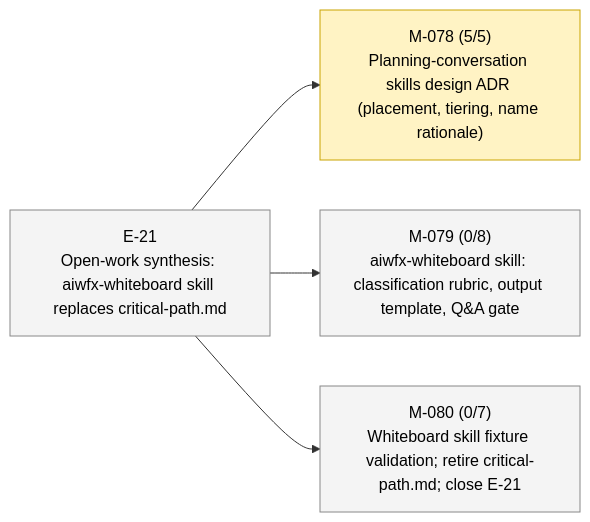
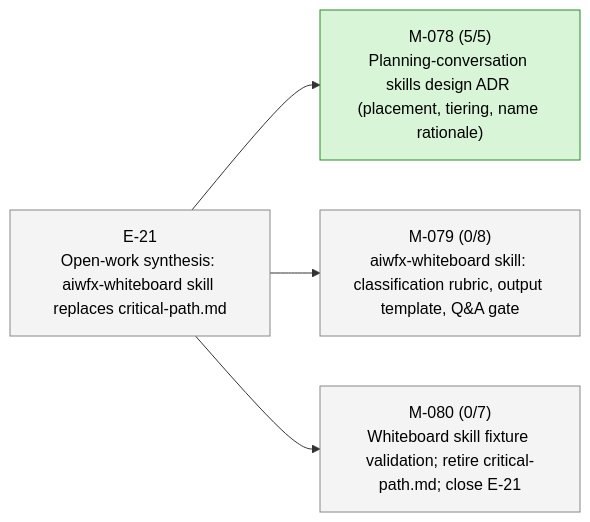
One commit to 23min/aiwf changed the second of 2 diagrams in STATUS.md. Above: the diagram before and after it, drawn with Mermaid. The commit also changed other lines of this file and 1 other file, not shown here.

First line of the commit message:
aiwf promote M-078 in_progress -> done

````diff
--- a/STATUS.md
+++ b/STATUS.md
@@ -47,16 +47,16 @@
 ```mermaid
 flowchart LR
   E_21["E-21<br/>Open-work synthesis: aiwfx-whiteboard skill replaces critical-path.md"]:::epic_proposed
-  M_078["M-078 (5/5)<br/>Planning-conversation skills design ADR (placement, tiering, name rationale)"]:::ms_in_progress
+  M_078["M-078 (5/5)<br/>Planning-conversation skills design ADR (placement, tiering, name rationale)"]:::ms_done
   E_21 --> M_078
   M_079["M-079 (0/8)<br/>aiwfx-whiteboard skill: classification rubric, output template, Q&A gate"]:::ms_draft
   E_21 --> M_079
   M_080["M-080 (0/7)<br/>Whiteboard skill fixture validation; retire critical-path.md; close E-21"]:::ms_draft
   E_21 --> M_080
   classDef epic_active fill:#d6eaff,stroke:#1a73e8,color:#000
   classDef epic_proposed fill:#f4f4f4,stroke:#888,color:#000
   classDef ms_done fill:#d8f5d8,stroke:#2a8a2a,color:#000
   classDef ms_in_progress fill:#fff3c4,stroke:#caa400,color:#000
   classDef ms_draft fill:#f4f4f4,stroke:#888,color:#000
   classDef ms_cancelled fill:#fbeaea,stroke:#c33,color:#000
 ```
````
